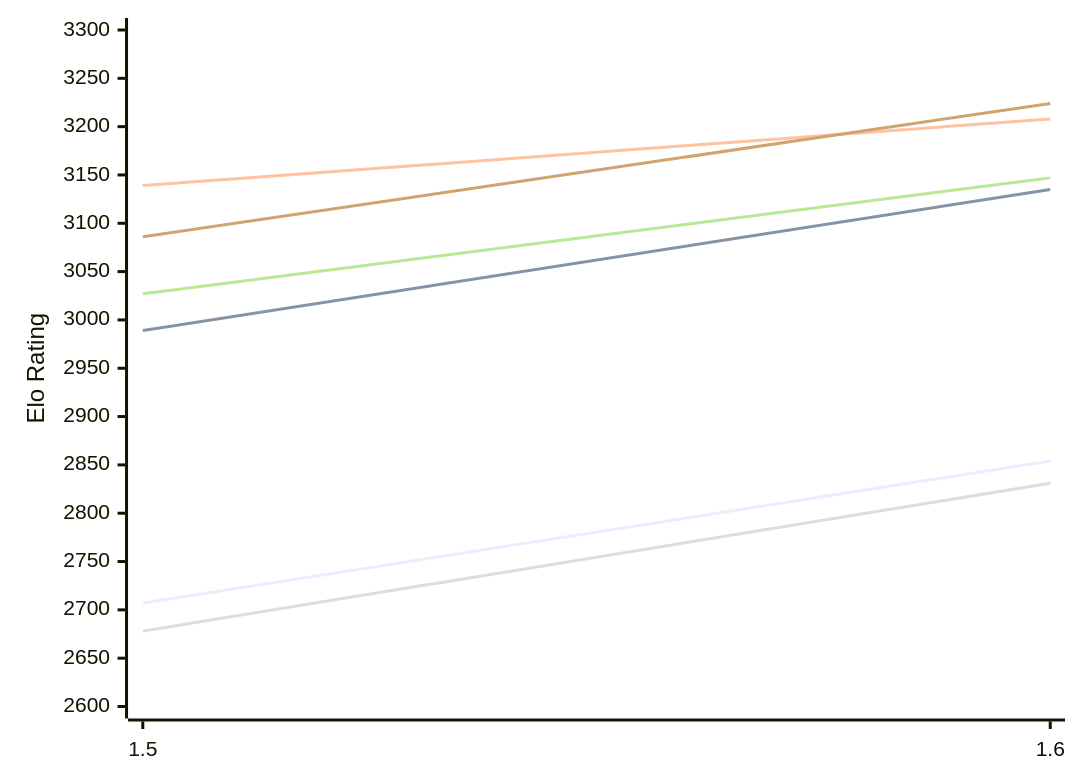
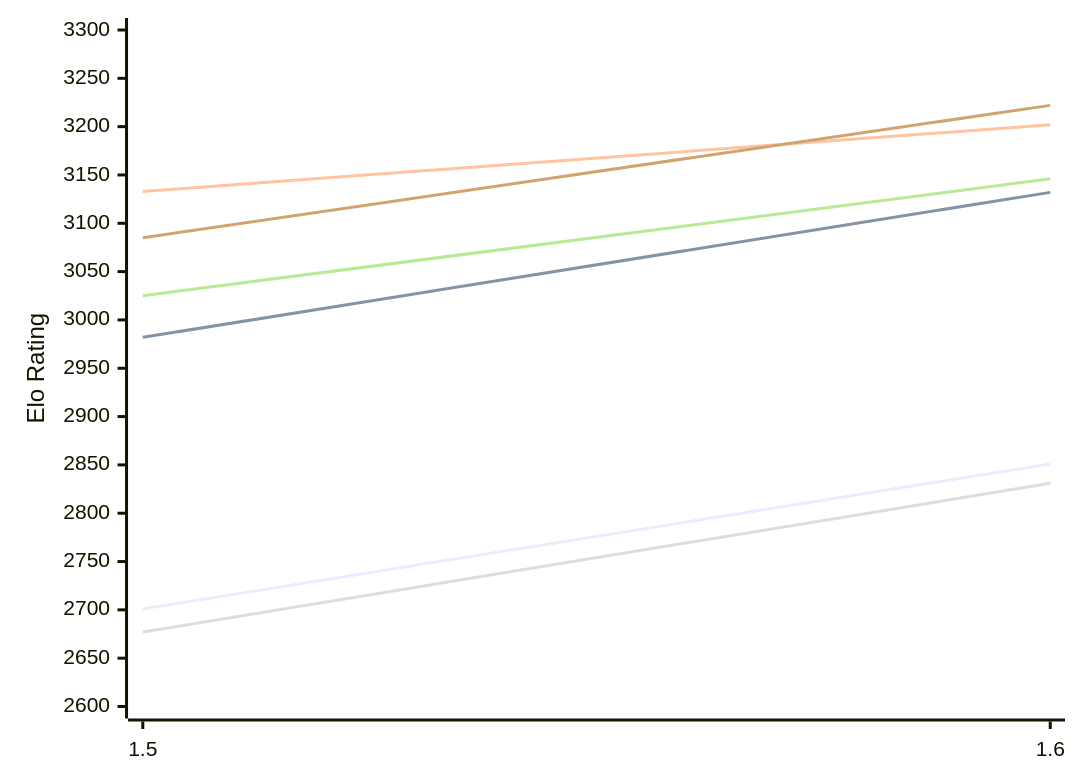
One commit to computer-chess-index/cci changed the first of 2 diagrams in engines/Yakka.md. Above: the diagram before and after it, drawn with Mermaid. The commit also changed other lines of this file, not shown here.

Commit message:
Update CCI Ratings (ELO VLTC) - 2026-11-26

````diff
--- a/engines/Yakka.md
+++ b/engines/Yakka.md
@@ -51,12 +51,12 @@
 ```mermaid
 %%{init: {"theme":"base","themeVariables":{"seriesColors:['#a3a3a3','#222221','#faa371']}}}%%
 xychart-beta
   x-axis ["1.5", "1.6"]
   y-axis "Elo Rating" 2600 --> 3300
-  line "E1: STC (8.0+0.08s)" [2707, 2854]
-  line "E1: LTC (60.0+0.60s)" [2989, 3135]
-  line "E1: VLTC (2m24s+1.12s)" [3139, 3208]
-  line "P1: STC (8.0+0.08s)" [2678, 2831]
-  line "P1: LTC (60.0+0.60s)" [3027, 3147]
-  line "P1: VLTC (2m24s+1.12s)" [3086, 3224]
+  line "E1: STC (8.0+0.08s)" [2701, 2851]
+  line "E1: LTC (60.0+0.60s)" [2982, 3132]
+  line "E1: VLTC (2m24s+1.12s)" [3133, 3202]
+  line "P1: STC (8.0+0.08s)" [2677, 2831]
+  line "P1: LTC (60.0+0.60s)" [3025, 3146]
+  line "P1: VLTC (2m24s+1.12s)" [3085, 3222]
 ```
````
